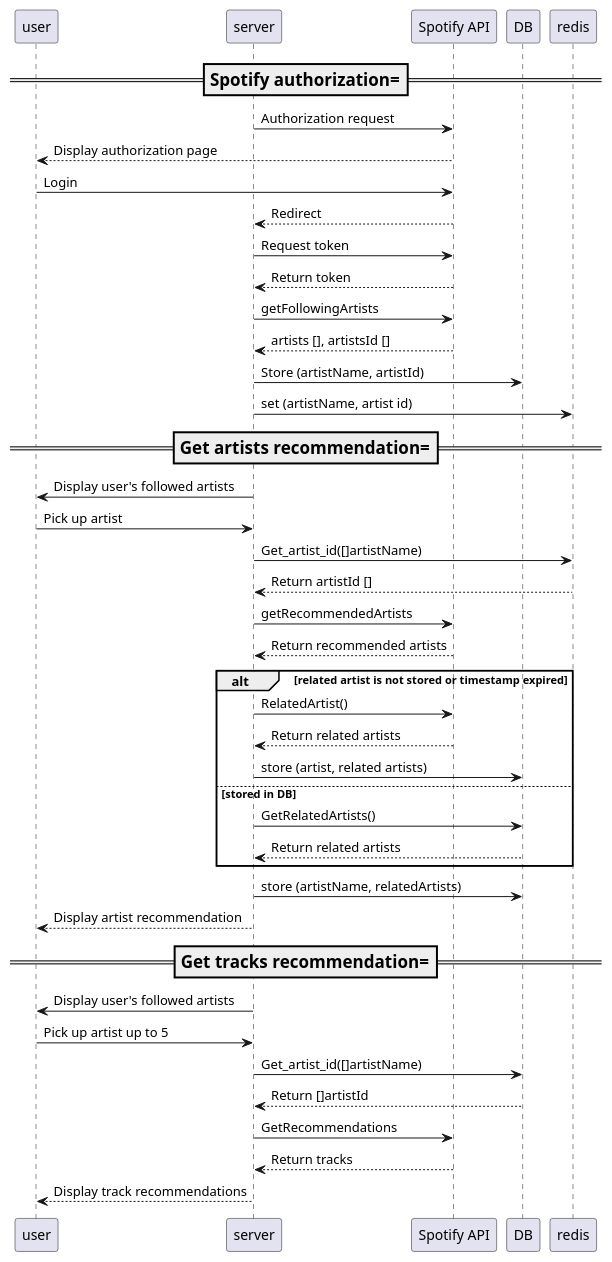
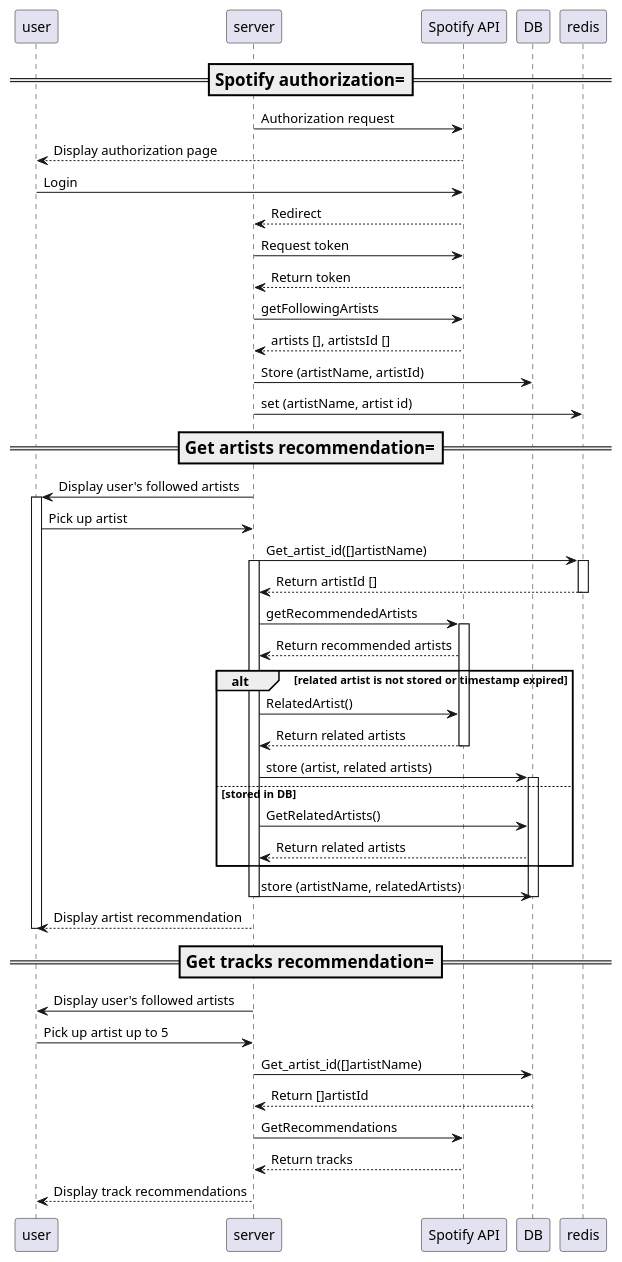
One commit to RY908/spotify_recommendation changed the diagram in architecture.pu. Above: the diagram before and after it, drawn with PlantUML.

Commit message:
add activate in uml

```diff
--- a/architecture.pu
+++ b/architecture.pu
@@ -1,50 +1,59 @@
 @startuml 
 participant user
 participant "server" as server
 participant "Spotify API" as spotify
 
 ===Spotify authorization===
 
 server -> spotify: Authorization request
 spotify --> user: Display authorization page
 user -> spotify: Login
 spotify --> server: Redirect
 server -> spotify: Request token
 spotify --> server: Return token
 server -> spotify: getFollowingArtists
 spotify --> server: artists [], artistsId []
 server -> DB: Store (artistName, artistId)
 server -> redis: set (artistName, artist id)
 
 ===Get artists recommendation===
 
 server -> user: Display user's followed artists
+activate user
 user -> server: Pick up artist
 server -> redis: Get_artist_id([]artistName)
+activate server
+activate redis
 redis --> server: Return artistId []
-
+deactivate redis
 server -> spotify: getRecommendedArtists
+activate spotify
 spotify --> server: Return recommended artists
 alt related artist is not stored or timestamp expired
   server -> spotify: RelatedArtist()
   spotify --> server: Return related artists
+  deactivate spotify
   server -> DB: store (artist, related artists)
+  activate DB
 else stored in DB
   server -> DB: GetRelatedArtists()
   DB --> server: Return related artists
 end 
 
 server -> DB: store (artistName, relatedArtists)
+deactivate DB
+deactivate server
 server --> user: Display artist recommendation
+deactivate user
 
 ===Get tracks recommendation===
 
 server -> user: Display user's followed artists
 user -> server: Pick up artist up to 5
 server -> DB: Get_artist_id([]artistName)
 DB --> server: Return []artistId
 server -> spotify: GetRecommendations
 spotify --> server: Return tracks
 server --> user: Display track recommendations
 
 @enduml
```
